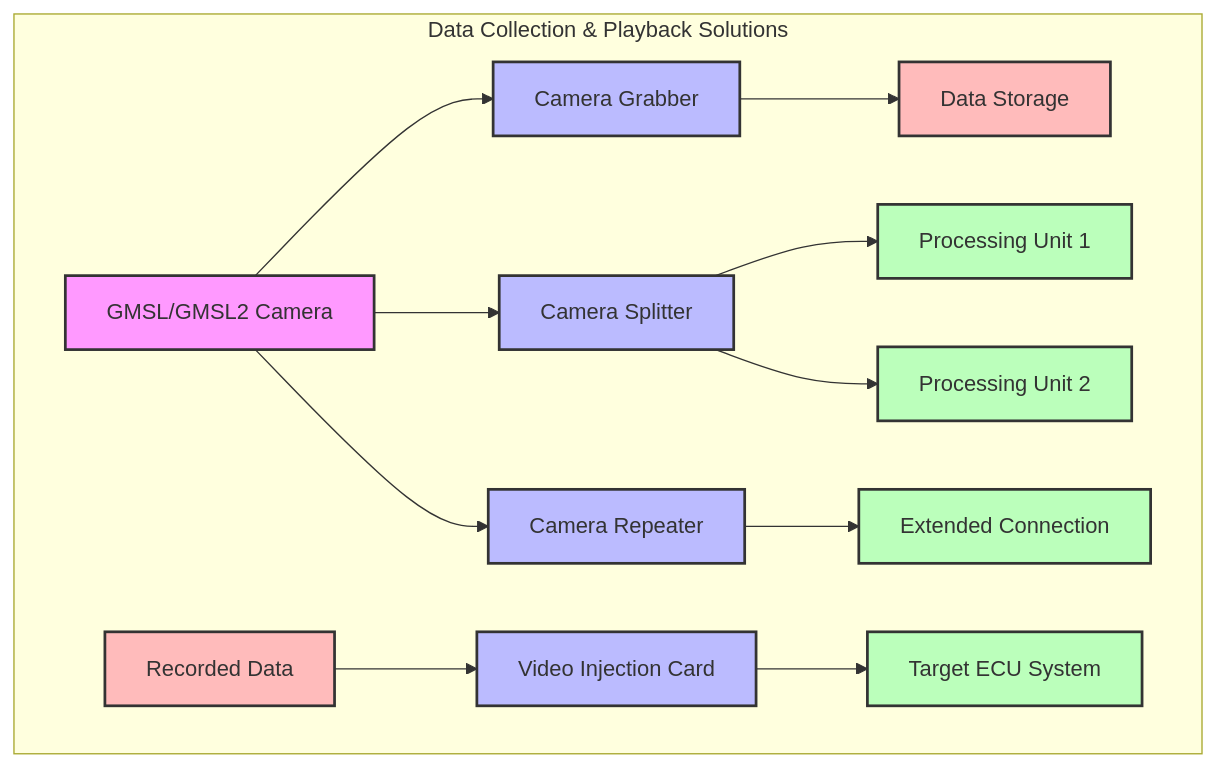
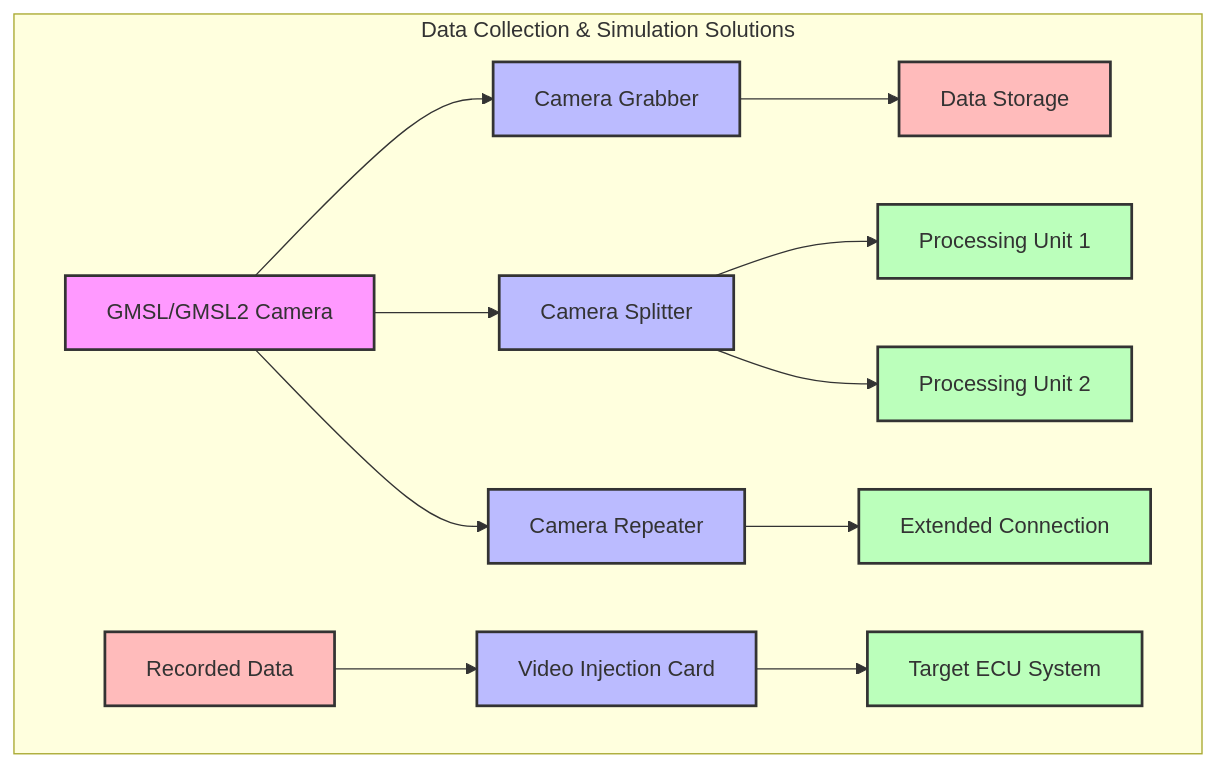
Before and after one commit to 1214658495/my-wiki-test: the diagram in docs/3_0_Data collection and Playback.md, drawn with Mermaid. The commit also changed other lines of this file and 7 other files, not shown here.

````diff
--- a/docs/3_0_Data collection and Playback.md
+++ b/docs/3_0_Data collection and Playback.md
@@ -25,30 +26,30 @@
 ```mermaid
 graph TD
-    subgraph "Data Collection & Playback Solutions"
+    subgraph "Data Collection & Simulation Solutions"
         CAMERA["GMSL/GMSL2 Camera"] --> GRABBER["Camera Grabber"]
         CAMERA --> SPLITTER["Camera Splitter"]
         CAMERA --> REPEATER["Camera Repeater"]
         
         SPLITTER --> ECU1["Processing Unit 1"]
         SPLITTER --> ECU2["Processing Unit 2"]
         
         REPEATER --> EXTENDED["Extended Connection"]
         
         DATA["Recorded Data"] --> INJECTION["Video Injection Card"]
         INJECTION --> TARGET["Target ECU System"]
         
         GRABBER --> STORAGE["Data Storage"]
     end
     
     style CAMERA fill:#f9f,stroke:#333,stroke-width:2px
     style GRABBER fill:#bbf,stroke:#333,stroke-width:2px
     style SPLITTER fill:#bbf,stroke:#333,stroke-width:2px
     style REPEATER fill:#bbf,stroke:#333,stroke-width:2px
     style INJECTION fill:#bbf,stroke:#333,stroke-width:2px
     style ECU1 fill:#bfb,stroke:#333,stroke-width:2px
     style ECU2 fill:#bfb,stroke:#333,stroke-width:2px
     style TARGET fill:#bfb,stroke:#333,stroke-width:2px
     style EXTENDED fill:#bfb,stroke:#333,stroke-width:2px
     style STORAGE fill:#fbb,stroke:#333,stroke-width:2px
     style DATA fill:#fbb,stroke:#333,stroke-width:2px
 ```
````
